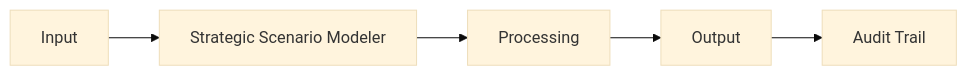
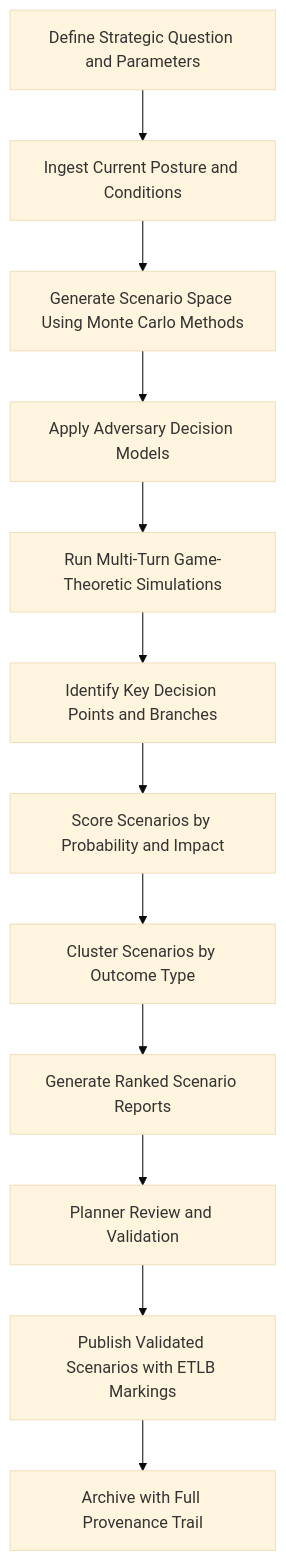
One commit to andrew-leo-2024/marketplace-docs changed the diagram in docs/audiences/02-defense-security/strategic-scenario-modeler.mdx. Above: the diagram before and after it, drawn with Mermaid (base theme). The commit also changed other lines of this file and 401 other files, not shown here.

````diff
--- a/docs/audiences/02-defense-security/strategic-scenario-modeler.mdx
+++ b/docs/audiences/02-defense-security/strategic-scenario-modeler.mdx
@@ -29,7 +35,14 @@
 ```mermaid
-graph LR
-    A[Input] --> B[Strategic Scenario Modeler]
-    B --> C[Processing]
-    C --> D[Output]
-    D --> E[Audit Trail]
+graph TD
+    A[Define Strategic Question and Parameters] --> B[Ingest Current Posture and Conditions]
+    B --> C[Generate Scenario Space Using Monte Carlo Methods]
+    C --> D[Apply Adversary Decision Models]
+    D --> E[Run Multi-Turn Game-Theoretic Simulations]
+    E --> F[Identify Key Decision Points and Branches]
+    F --> G[Score Scenarios by Probability and Impact]
+    G --> H[Cluster Scenarios by Outcome Type]
+    H --> I[Generate Ranked Scenario Reports]
+    I --> J[Planner Review and Validation]
+    J --> K[Publish Validated Scenarios with ETLB Markings]
+    K --> L[Archive with Full Provenance Trail]
 ```
````
